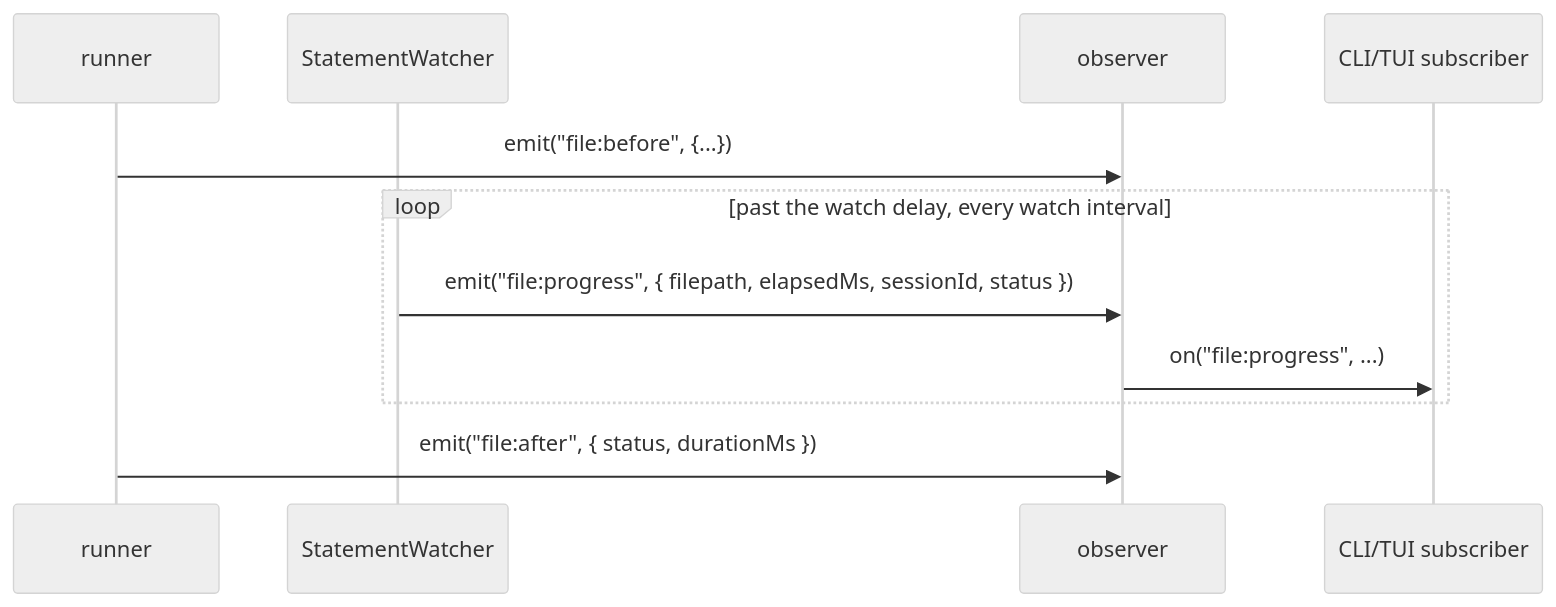
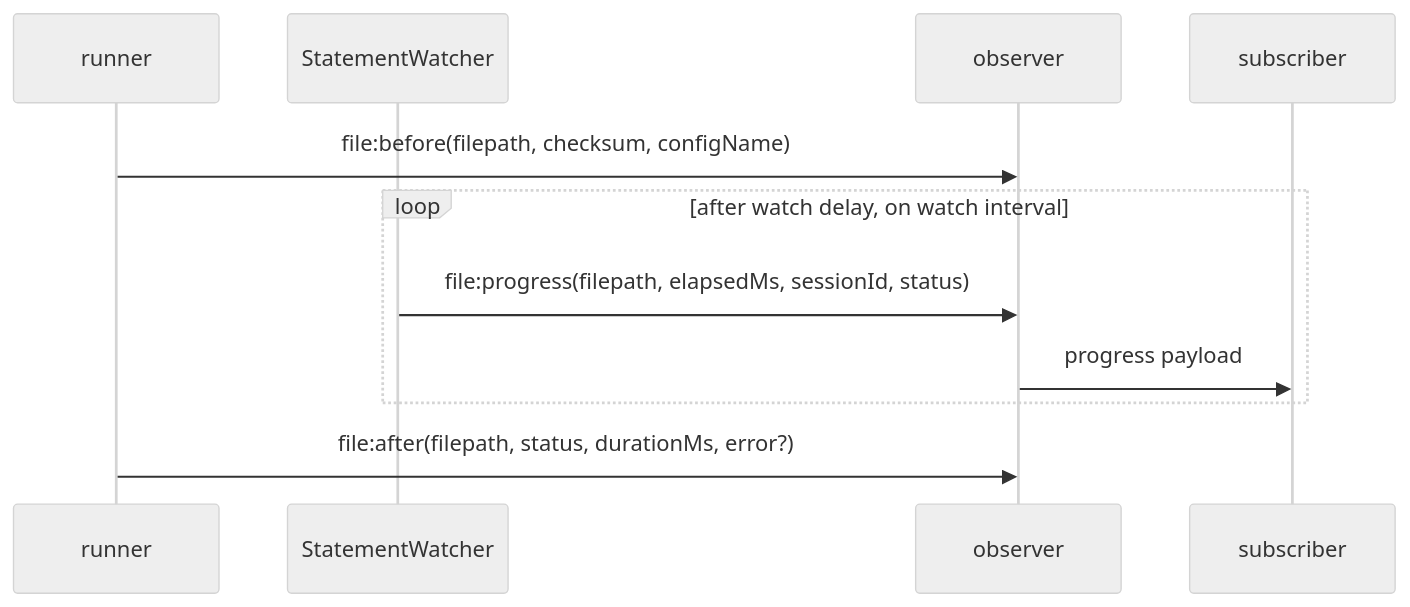
Before and after one commit to noormdev/noorm: the sixth of 6 diagrams in docs/wiki/core-state.md, drawn with Mermaid (neutral theme). The commit also changed other lines of this file and 557 other files, not shown here.

````diff
--- a/docs/wiki/core-state.md
+++ b/docs/wiki/core-state.md
@@ -67,14 +237,14 @@
 ```mermaid
 sequenceDiagram
+    %% source: src/core/observer.ts
     participant Runner as runner
     participant Watcher as StatementWatcher
     participant Obs as observer
-    participant CLI as CLI/TUI subscriber
-
-    Runner->>Obs: emit("file:before", {...})
-    loop past the watch delay, every watch interval
-        Watcher->>Obs: emit("file:progress", { filepath, elapsedMs, sessionId, status })
-        Obs->>CLI: on("file:progress", ...)
+    participant UI as subscriber
+    Runner->>Obs: file:before(filepath, checksum, configName)
+    loop after watch delay, on watch interval
+        Watcher->>Obs: file:progress(filepath, elapsedMs, sessionId, status)
+        Obs->>UI: progress payload
     end
-    Runner->>Obs: emit("file:after", { status, durationMs })
+    Runner->>Obs: file:after(filepath, status, durationMs, error?)
 ```
````
